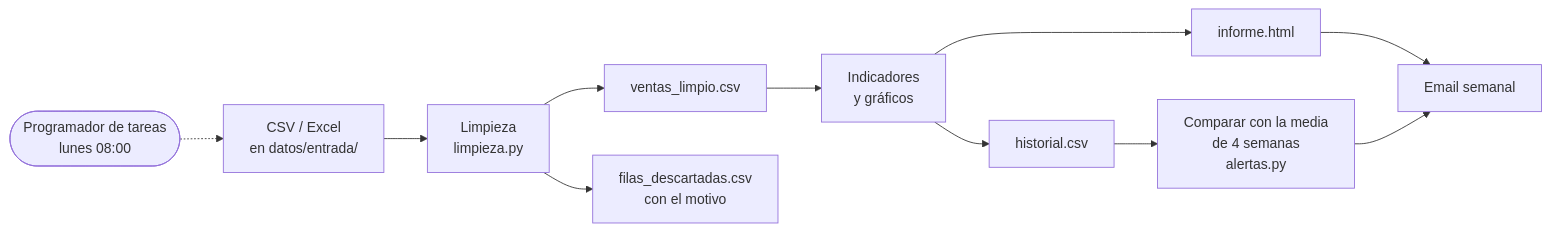
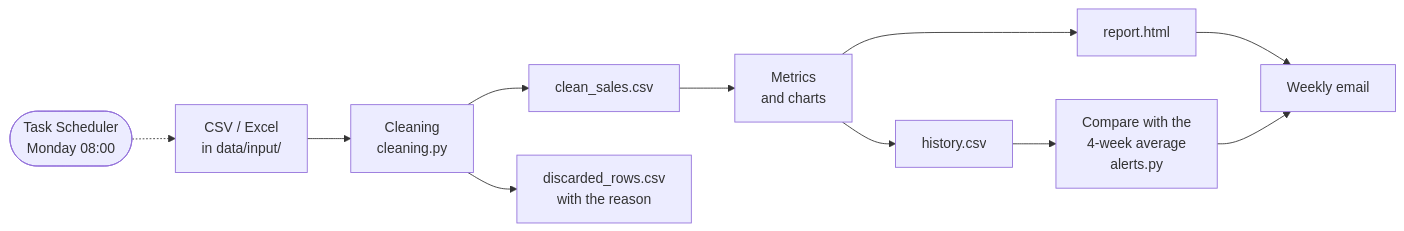
One commit to tcpalbertvaldivia1993-lang/automatizacion-python changed the diagram in README.md. Above: the diagram before and after it, drawn with Mermaid. The commit also changed other lines of this file and 51 other files, not shown here.

````diff
--- a/README.md
+++ b/README.md
@@ -38,13 +37,13 @@
 ```mermaid
 flowchart LR
-    A[CSV / Excel<br>en datos/entrada/] --> B[Limpieza<br>limpieza.py]
-    B --> C[ventas_limpio.csv]
-    B --> D[filas_descartadas.csv<br>con el motivo]
-    C --> E[Indicadores<br>y gráficos]
-    E --> F[informe.html]
-    E --> G[historial.csv]
-    G --> H[Comparar con la media<br>de 4 semanas<br>alertas.py]
-    F --> I[Email semanal]
+    A[CSV / Excel<br>in data/input/] --> B[Cleaning<br>cleaning.py]
+    B --> C[clean_sales.csv]
+    B --> D[discarded_rows.csv<br>with the reason]
+    C --> E[Metrics<br>and charts]
+    E --> F[report.html]
+    E --> G[history.csv]
+    G --> H[Compare with the<br>4-week average<br>alerts.py]
+    F --> I[Weekly email]
     H --> I
-    T([Programador de tareas<br>lunes 08:00]) -.-> A
+    T([Task Scheduler<br>Monday 08:00]) -.-> A
 ```
````
